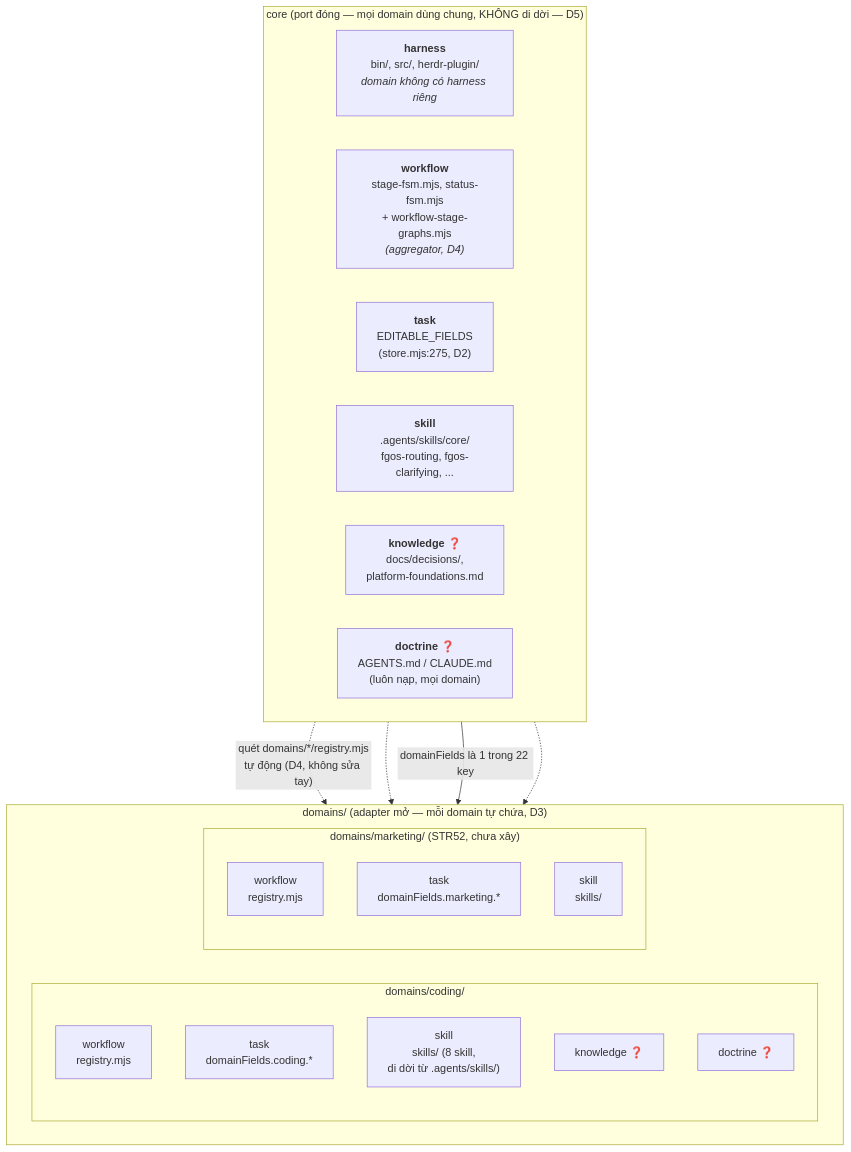
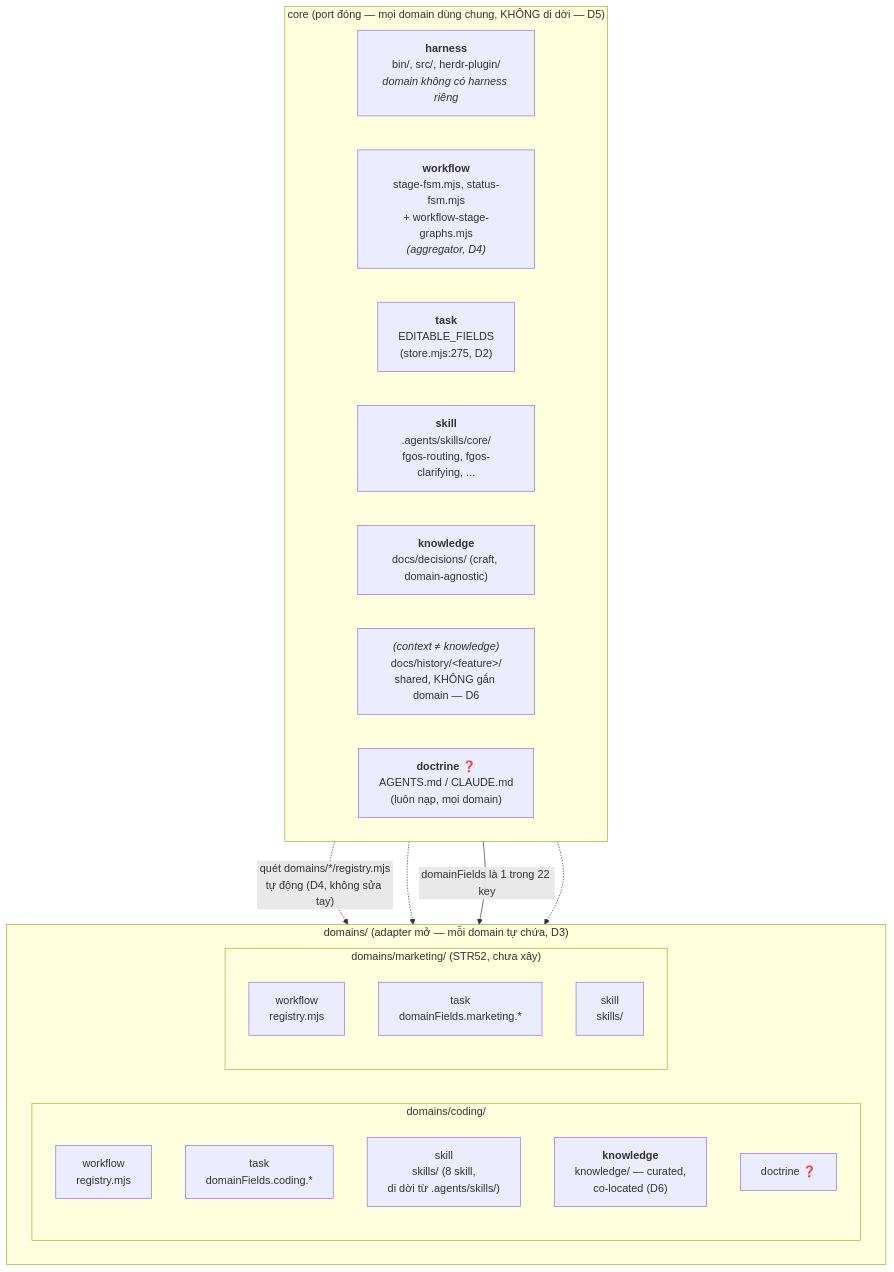
The diagram in docs/history/core-foundation-domain-boundary/DISCUSSION.md (vantt/forgent), drawn with Mermaid before and after one commit. The commit also changed other lines of this file, not shown here.

Commit message:
docs(tsk-397): lock D6 -- domain-knowledge is curated, co-located, distinct from docs/history/ context

````diff
--- a/docs/history/core-foundation-domain-boundary/DISCUSSION.md
+++ b/docs/history/core-foundation-domain-boundary/DISCUSSION.md
@@ -261,35 +294,36 @@
 ```mermaid
 flowchart TB
     subgraph CORE["core (port đóng — mọi domain dùng chung, KHÔNG di dời — D5)"]
         direction LR
         harness_core["<b>harness</b><br/>bin/, src/, herdr-plugin/<br/><i>domain không có harness riêng</i>"]
         workflow_core["<b>workflow</b><br/>stage-fsm.mjs, status-fsm.mjs<br/>+ workflow-stage-graphs.mjs<br/><i>(aggregator, D4)</i>"]
         task_core["<b>task</b><br/>EDITABLE_FIELDS<br/>(store.mjs:275, D2)"]
         skill_core["<b>skill</b><br/>.agents/skills/core/<br/>fgos-routing, fgos-clarifying, ..."]
-        knowledge_core["<b>knowledge</b> ❓<br/>docs/decisions/,<br/>platform-foundations.md"]
+        knowledge_core["<b>knowledge</b><br/>docs/decisions/ (craft, domain-agnostic)"]
+        context_core["<i>(context ≠ knowledge)</i><br/>docs/history/&lt;feature&gt;/<br/>shared, KHÔNG gắn domain — D6"]
         doctrine_core["<b>doctrine</b> ❓<br/>AGENTS.md / CLAUDE.md<br/>(luôn nạp, mọi domain)"]
     end
 
     subgraph DOMAINS["domains/ (adapter mở — mỗi domain tự chứa, D3)"]
         direction LR
         subgraph CODING["domains/coding/"]
             direction TB
             wf_c["workflow<br/>registry.mjs"]
             tk_c["task<br/>domainFields.coding.*"]
             sk_c["skill<br/>skills/ (8 skill,<br/>di dời từ .agents/skills/)"]
-            kn_c["knowledge ❓"]
+            kn_c["<b>knowledge</b><br/>knowledge/ — curated,<br/>co-located (D6)"]
             dc_c["doctrine ❓"]
         end
         subgraph MARKETING["domains/marketing/ (STR52, chưa xây)"]
             direction TB
             wf_m["workflow<br/>registry.mjs"]
             tk_m["task<br/>domainFields.marketing.*"]
             sk_m["skill<br/>skills/"]
         end
     end
 
     workflow_core -. "quét domains/*/registry.mjs<br/>tự động (D4, không sửa tay)" .-> wf_c
     workflow_core -.-> wf_m
     task_core -- "domainFields là 1 trong 22 key" --> tk_c
     task_core -.-> tk_m
 ```
````
